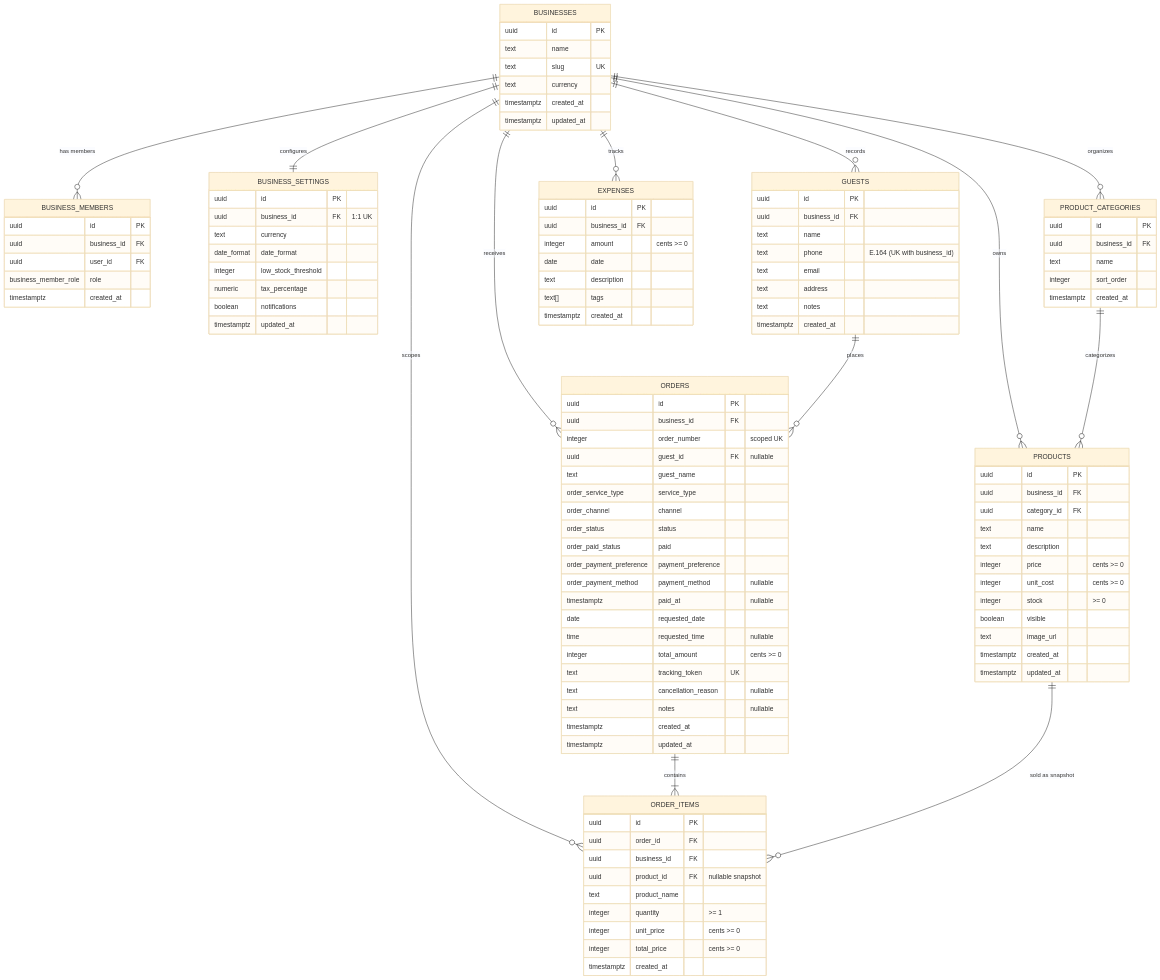
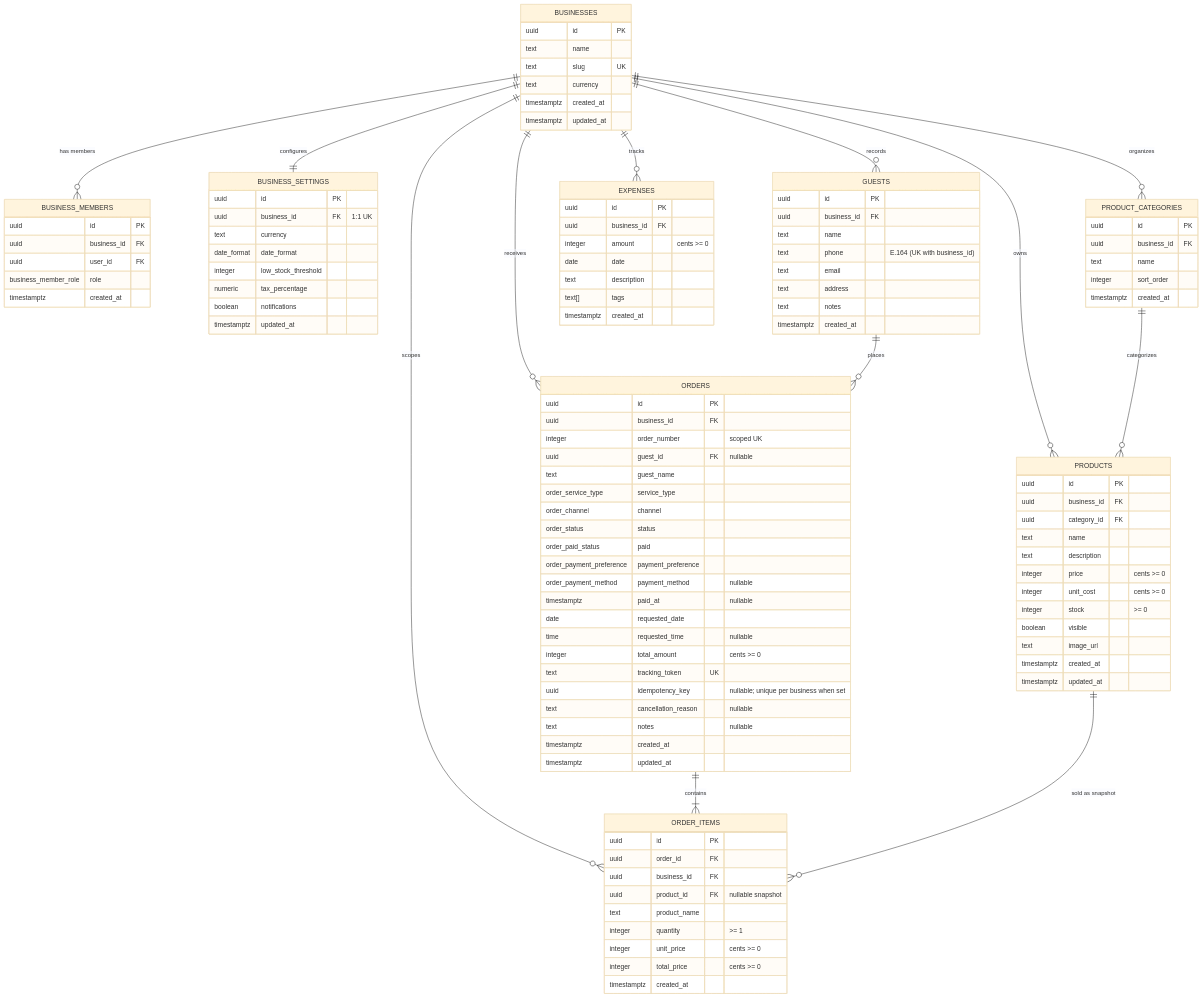
Before and after one commit to mikael-dzoss/foodbiz-pwa: the diagram in docs/database/schema.md, drawn with Mermaid (base theme). The commit also changed other lines of this file and 8 other files, not shown here.

```diff
--- a/docs/database/schema.md
+++ b/docs/database/schema.md
@@ -103,6 +103,7 @@
     time requested_time "nullable"
     integer total_amount "cents >= 0"
     text tracking_token UK
+    uuid idempotency_key "nullable; unique per business when set"
     text cancellation_reason "nullable"
     text notes "nullable"
     timestamptz created_at
```
